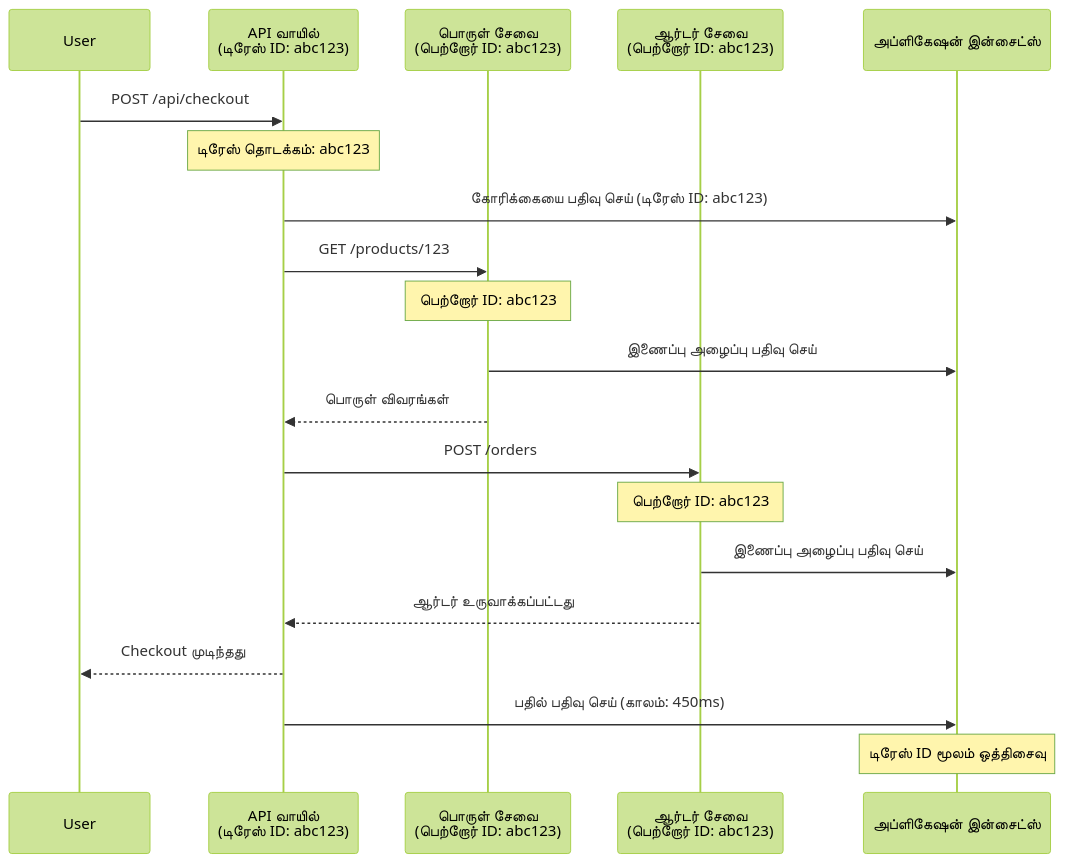
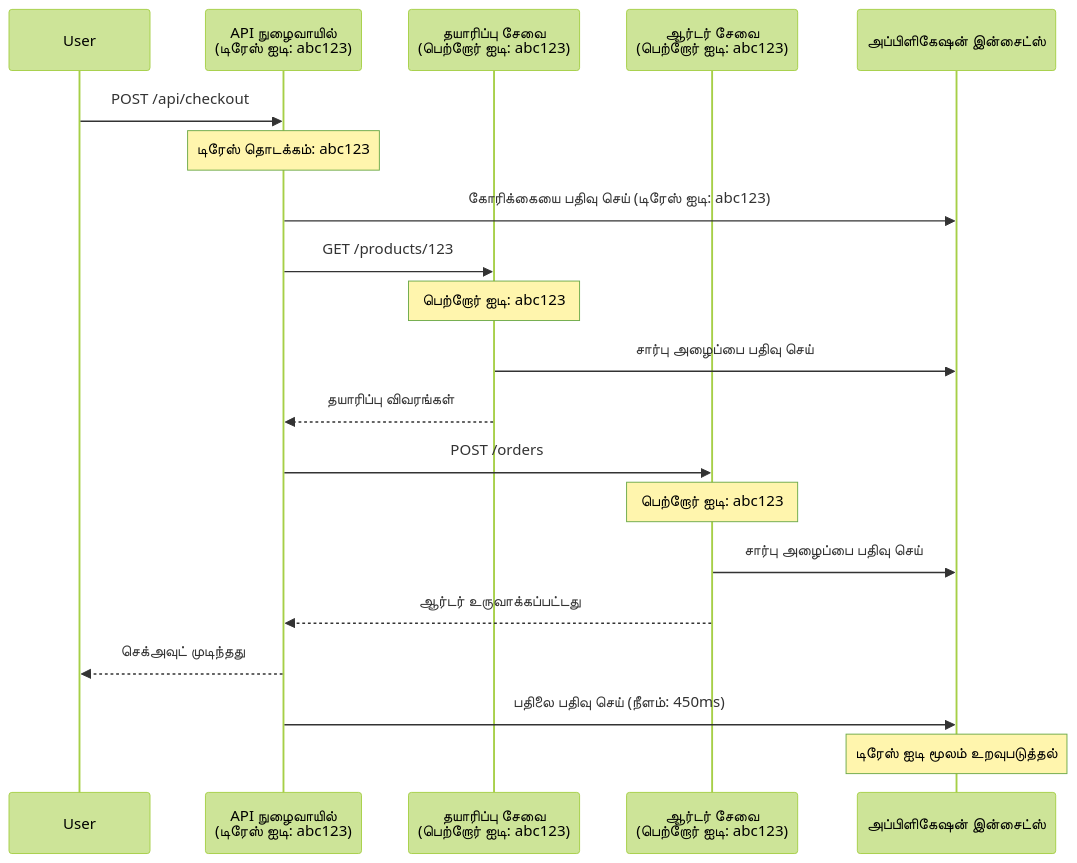
One commit to microsoft/AZD-for-beginners changed the second of 2 diagrams in translations/ta/docs/chapter-06-pre-deployment/application-insights.md. Above: the diagram before and after it, drawn with Mermaid (forest theme). The commit also changed other lines of this file and 101 other files, not shown here.

````diff
--- a/translations/ta/docs/chapter-06-pre-deployment/application-insights.md
+++ b/translations/ta/docs/chapter-06-pre-deployment/application-insights.md
@@ -744,27 +744,27 @@
 ```mermaid
 sequenceDiagram
     participant User
-    participant Gateway as API வாயில்<br/>(டிரேஸ் ID: abc123)
-    participant Product as பொருள் சேவை<br/>(பெற்றோர் ID: abc123)
-    participant Order as ஆர்டர் சேவை<br/>(பெற்றோர் ID: abc123)
-    participant AppInsights as அப்ளிகேஷன் இன்சைட்ஸ்
+    participant Gateway as API நுழைவாயில்<br/>(டிரேஸ் ஐடி: abc123)
+    participant Product as தயாரிப்பு சேவை<br/>(பெற்றோர் ஐடி: abc123)
+    participant Order as ஆர்டர் சேவை<br/>(பெற்றோர் ஐடி: abc123)
+    participant AppInsights as அப்பிளிகேஷன் இன்சைட்ஸ்
     
     User->>Gateway: POST /api/checkout
     Note over Gateway: டிரேஸ் தொடக்கம்: abc123
-    Gateway->>AppInsights: கோரிக்கையை பதிவு செய் (டிரேஸ் ID: abc123)
+    Gateway->>AppInsights: கோரிக்கையை பதிவு செய் (டிரேஸ் ஐடி: abc123)
     
     Gateway->>Product: GET /products/123
-    Note over Product: பெற்றோர் ID: abc123
-    Product->>AppInsights: இணைப்பு அழைப்பு பதிவு செய்
-    Product-->>Gateway: பொருள் விவரங்கள்
+    Note over Product: பெற்றோர் ஐடி: abc123
+    Product->>AppInsights: சார்பு அழைப்பை பதிவு செய்
+    Product-->>Gateway: தயாரிப்பு விவரங்கள்
     
     Gateway->>Order: POST /orders
-    Note over Order: பெற்றோர் ID: abc123
-    Order->>AppInsights: இணைப்பு அழைப்பு பதிவு செய்
+    Note over Order: பெற்றோர் ஐடி: abc123
+    Order->>AppInsights: சார்பு அழைப்பை பதிவு செய்
     Order-->>Gateway: ஆர்டர் உருவாக்கப்பட்டது
     
-    Gateway-->>User: Checkout முடிந்தது
-    Gateway->>AppInsights: பதில் பதிவு செய் (காலம்: 450ms)
+    Gateway-->>User: செக்அவுட் முடிந்தது
+    Gateway->>AppInsights: பதிலை பதிவு செய் (நீளம்: 450ms)
     
-    Note over AppInsights: டிரேஸ் ID மூலம் ஒத்திசைவு
+    Note over AppInsights: டிரேஸ் ஐடி மூலம் உறவுபடுத்தல்
 ```
````
